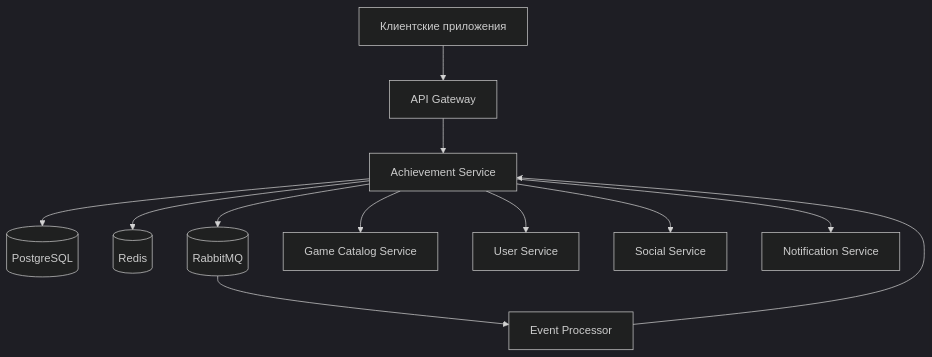
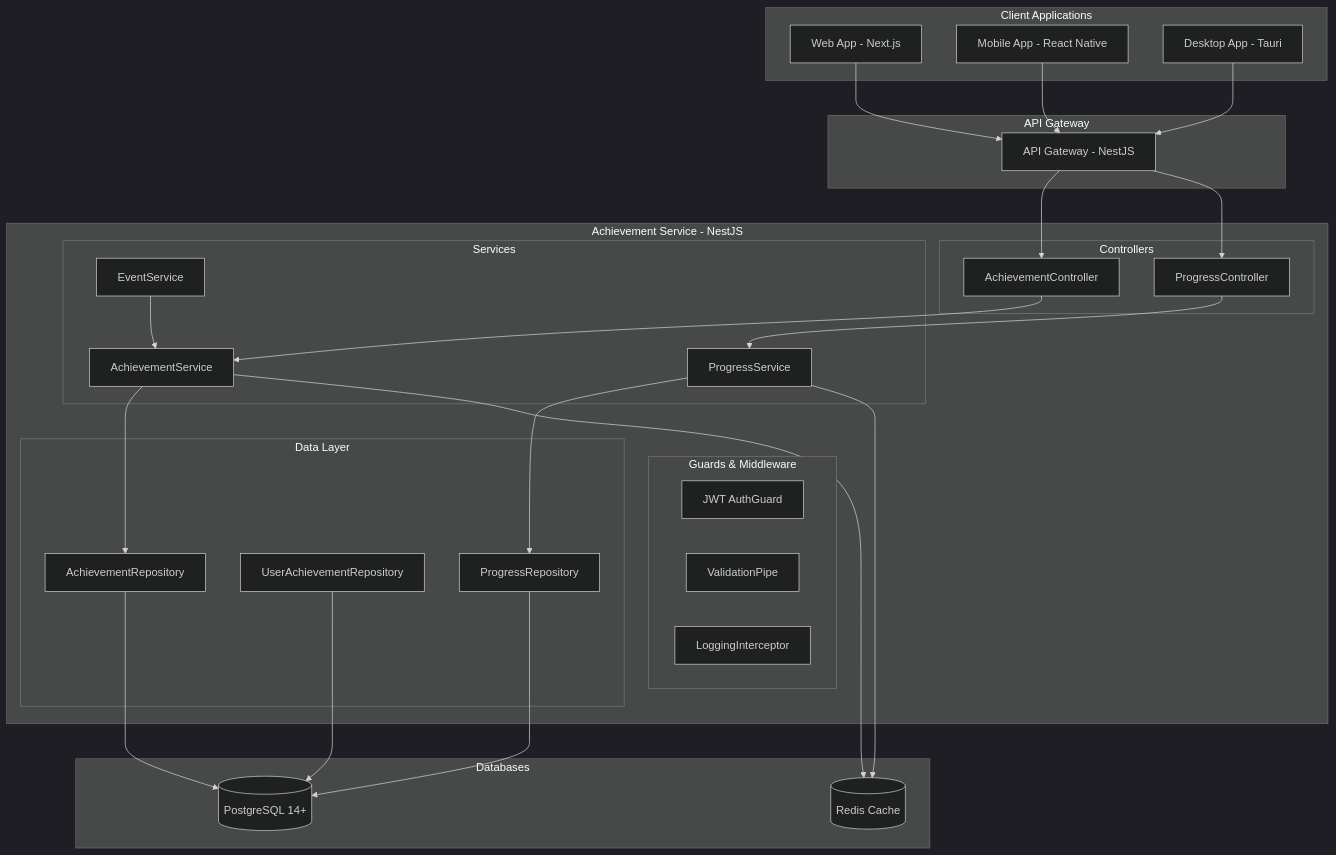
Before and after one commit to wizarding-anonymous/cryo: the diagram in .kiro/specs/achievement-service/design.md, drawn with Mermaid (dark theme). The commit also changed other lines of this file and 801 other files, not shown here.

````diff
--- a/.kiro/specs/achievement-service/design.md
+++ b/.kiro/specs/achievement-service/design.md
@@ -11,17 +22,62 @@
 ```mermaid
 graph TB
-    Client[Клиентские приложения] --> Gateway[API Gateway]
-    Gateway --> AS[Achievement Service]
+    subgraph "Client Applications"
+        Web[Web App - Next.js]
+        Mobile[Mobile App - React Native]
+        Desktop[Desktop App - Tauri]
+    end
     
-    AS --> DB[(PostgreSQL)]
-    AS --> Cache[(Redis)]
-    AS --> Queue[(RabbitMQ)]
+    subgraph "API Gateway"
+        Gateway[API Gateway - NestJS]
+    end
     
-    AS --> GameService[Game Catalog Service]
-    AS --> UserService[User Service]
-    AS --> SocialService[Social Service]
-    AS --> NotificationService[Notification Service]
+    subgraph "Achievement Service - NestJS"
+        subgraph "Controllers"
+            AchievementController[AchievementController]
+            ProgressController[ProgressController]
+        end
+        
+        subgraph "Services"
+            AchievementService[AchievementService]
+            ProgressService[ProgressService]
+            EventService[EventService]
+        end
+        
+        subgraph "Guards & Middleware"
+            AuthGuard[JWT AuthGuard]
+            ValidationPipe[ValidationPipe]
+            LoggingInterceptor[LoggingInterceptor]
+        end
+        
+        subgraph "Data Layer"
+            AchievementRepository[AchievementRepository]
+            UserAchievementRepository[UserAchievementRepository]
+            ProgressRepository[ProgressRepository]
+        end
+    end
     
-    Queue --> EventProcessor[Event Processor]
-    EventProcessor --> AS
+    subgraph "Databases"
+        PostgreSQL[(PostgreSQL 14+)]
+        Redis[(Redis Cache)]
+    end
+    
+    Web --> Gateway
+    Mobile --> Gateway
+    Desktop --> Gateway
+    Gateway --> AchievementController
+    Gateway --> ProgressController
+    
+    AchievementController --> AchievementService
+    ProgressController --> ProgressService
+    
+    AchievementService --> AchievementRepository
+    ProgressService --> ProgressRepository
+    EventService --> AchievementService
+    
+    AchievementRepository --> PostgreSQL
+    UserAchievementRepository --> PostgreSQL
+    ProgressRepository --> PostgreSQL
+    
+    AchievementService --> Redis
+    ProgressService --> Redis
 ```
````
